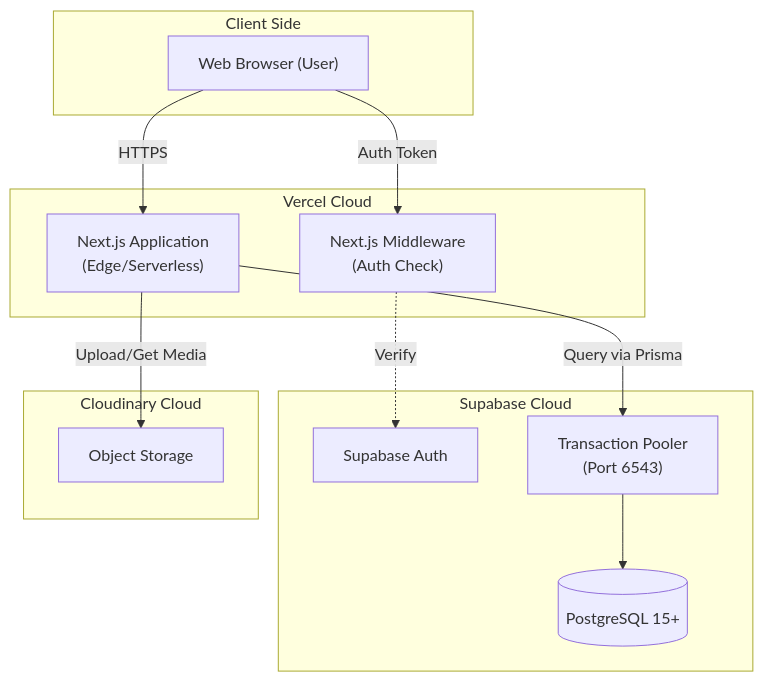
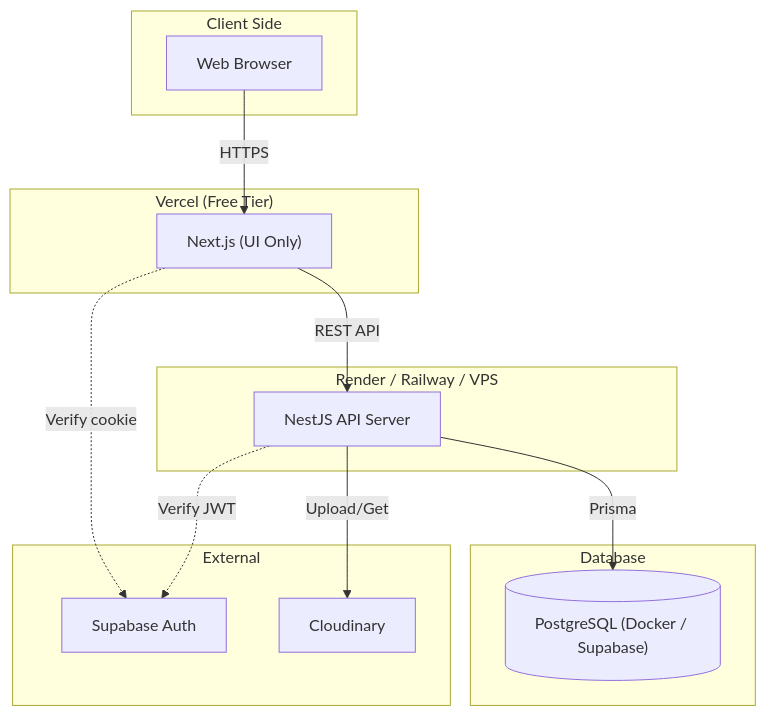
The eighth of 9 diagrams in docs/TDD.md (alchemista27/sim-alfida), drawn with Mermaid before and after one commit. The commit also changed other lines of this file and 498 other files, not shown here.

````diff
--- a/docs/TDD.md
+++ b/docs/TDD.md
@@ -1299,28 +1278,30 @@
 ```mermaid
 graph TB
     subgraph "Client Side"
-        Browser["Web Browser (User)"]
+        Browser["Web Browser"]
     end
 
-    subgraph "Vercel Cloud"
-        NextApp["Next.js Application\n(Edge/Serverless)"]
-        Middleware["Next.js Middleware\n(Auth Check)"]
+    subgraph "Vercel (Free Tier)"
+        NextApp["Next.js (UI Only)"]
     end
 
-    subgraph "Supabase Cloud"
-        Auth["Supabase Auth"]
-        Pooler["Transaction Pooler\n(Port 6543)"]
-        DB[("PostgreSQL 15+")]
+    subgraph "Render / Railway / VPS"
+        NestApp["NestJS API Server"]
     end
 
-    subgraph "Cloudinary Cloud"
-        Storage["Object Storage"]
+    subgraph "Database"
+        DB[("PostgreSQL (Docker / Supabase)")]
+    end
+
+    subgraph "External"
+        Auth["Supabase Auth"]
+        CDN["Cloudinary"]
     end
 
     Browser -->|HTTPS| NextApp
-    Browser -->|Auth Token| Middleware
-    NextApp -->|Query via Prisma| Pooler
-    Pooler --> DB
-    NextApp -->|Upload/Get Media| Storage
-    Middleware -.->|Verify| Auth
+    NextApp -->|REST API| NestApp
+    NestApp -->|Prisma| DB
+    NestApp -->|Upload/Get| CDN
+    NextApp -.->|Verify cookie| Auth
+    NestApp -.->|Verify JWT| Auth
 ```
````
